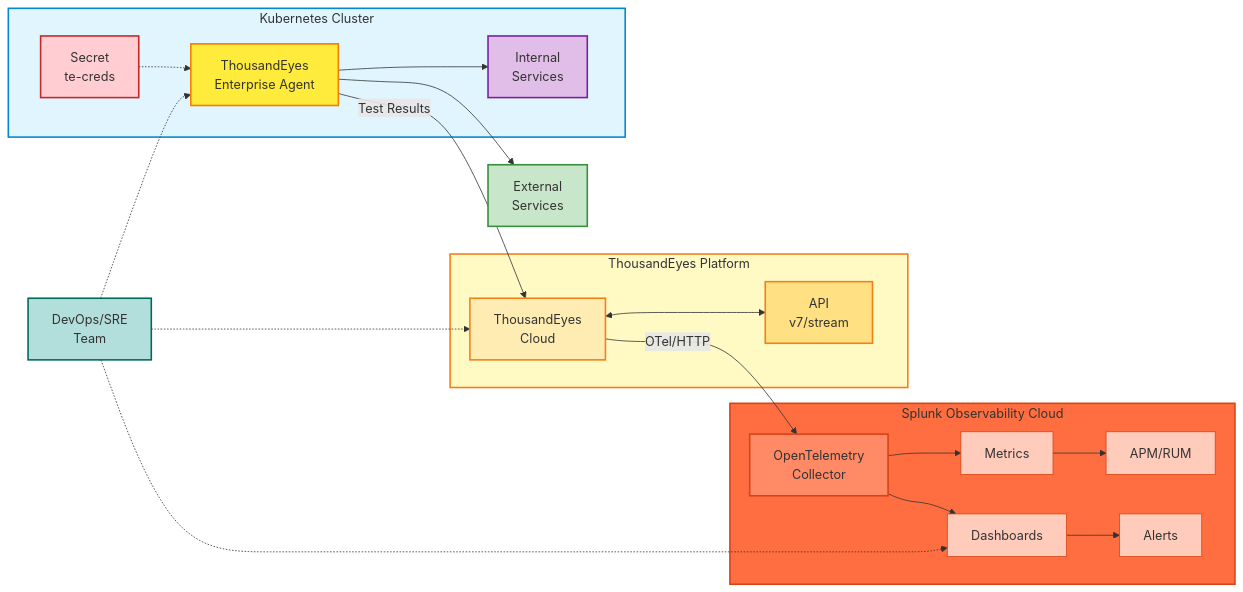
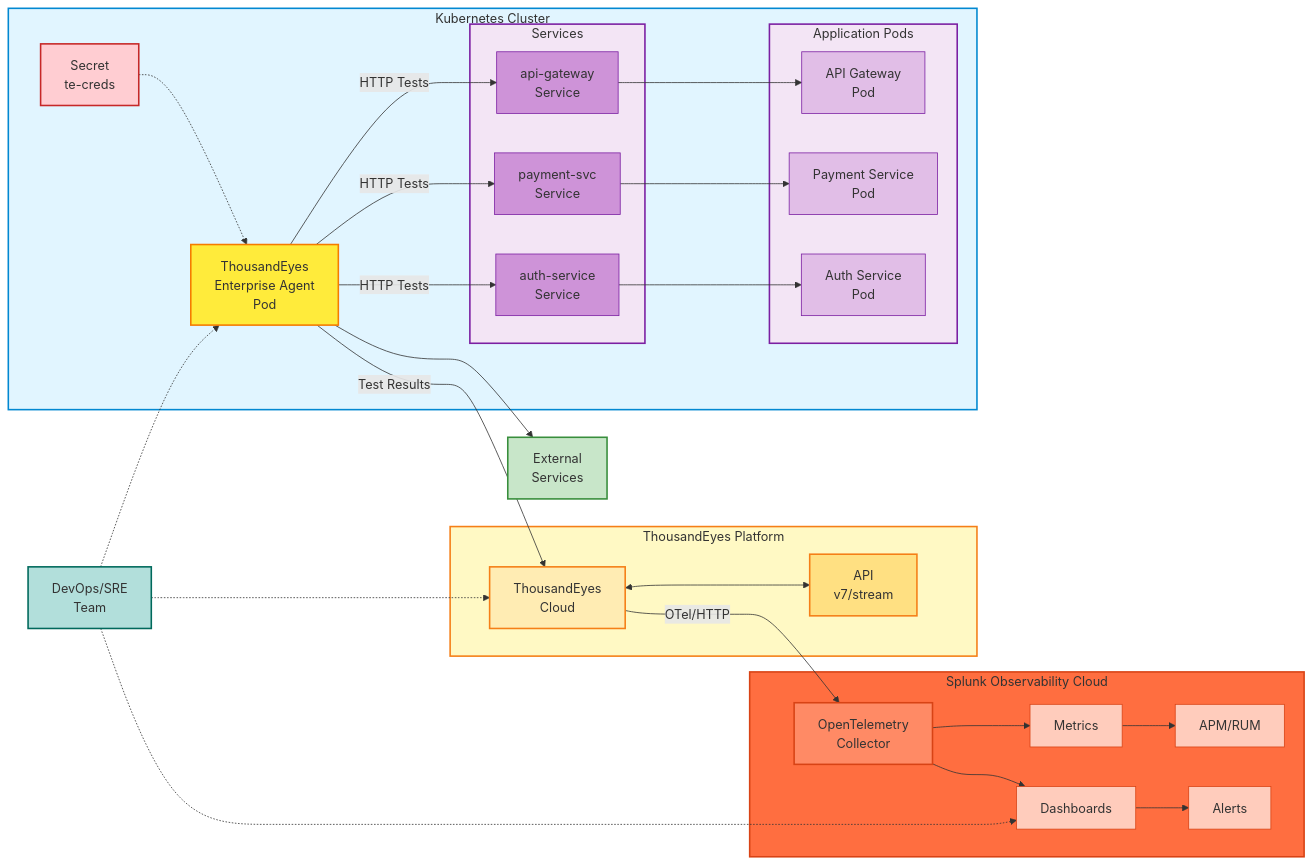
Before and after one commit to chambear2809/splunk-te-lab: the diagram in README.md, drawn with Mermaid.

Commit message:
Add app pods and services to architecture diagram

```diff
--- a/README.md
+++ b/README.md
@@ -34,11 +34,28 @@
 graph LR
     subgraph k8s["Kubernetes Cluster"]
         secret["Secret<br/>te-creds"]
-        agent["ThousandEyes<br/>Enterprise Agent"]
-        internal["Internal<br/>Services"]
+        agent["ThousandEyes<br/>Enterprise Agent<br/>Pod"]
+        
+        subgraph apps["Application Pods"]
+            api["API Gateway<br/>Pod"]
+            payment["Payment Service<br/>Pod"]
+            auth["Auth Service<br/>Pod"]
+        end
+        
+        subgraph svcs["Services"]
+            api_svc["api-gateway<br/>Service"]
+            payment_svc["payment-svc<br/>Service"]
+            auth_svc["auth-service<br/>Service"]
+        end
+        
+        api_svc --> api
+        payment_svc --> payment
+        auth_svc --> auth
         
         secret -.-> agent
-        agent --> internal
+        agent -->|"HTTP Tests"| api_svc
+        agent -->|"HTTP Tests"| payment_svc
+        agent -->|"HTTP Tests"| auth_svc
     end
     
     external["External<br/>Services"]
@@ -74,9 +91,16 @@
     user -.-> agent
     
     style k8s fill:#e1f5ff,stroke:#0288d1,stroke-width:2px
+    style apps fill:#f3e5f5,stroke:#7b1fa2,stroke-width:2px
+    style svcs fill:#f3e5f5,stroke:#7b1fa2,stroke-width:2px
     style agent fill:#ffeb3b,stroke:#f57c00,stroke-width:2px
     style secret fill:#ffcdd2,stroke:#c62828,stroke-width:2px
-    style internal fill:#e1bee7,stroke:#7b1fa2,stroke-width:2px
+    style api fill:#e1bee7,stroke:#7b1fa2,stroke-width:1px
+    style payment fill:#e1bee7,stroke:#7b1fa2,stroke-width:1px
+    style auth fill:#e1bee7,stroke:#7b1fa2,stroke-width:1px
+    style api_svc fill:#ce93d8,stroke:#7b1fa2,stroke-width:1px
+    style payment_svc fill:#ce93d8,stroke:#7b1fa2,stroke-width:1px
+    style auth_svc fill:#ce93d8,stroke:#7b1fa2,stroke-width:1px
     style external fill:#c8e6c9,stroke:#388e3c,stroke-width:2px
     style te fill:#fff9c4,stroke:#f57f17,stroke-width:2px
     style te_cloud fill:#ffecb3,stroke:#f57f17,stroke-width:2px
```
